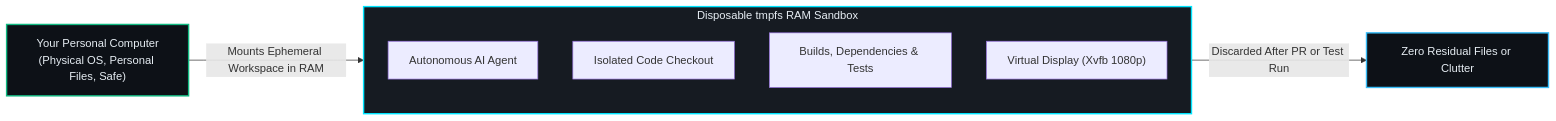
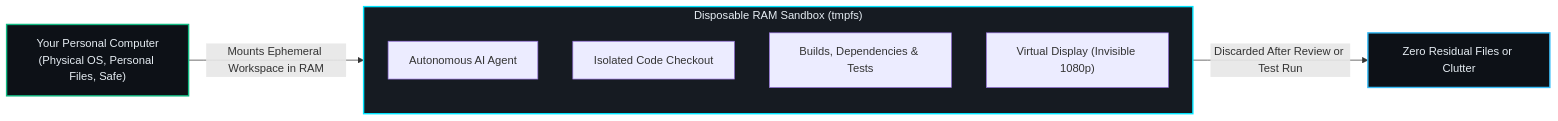
The diagram in docs/training/for-non-developers/04-task-implementer-and-sandboxes.md (nddipiazza/robos), drawn with Mermaid before and after one commit. The commit also changed other lines of this file and 8 other files, not shown here.

````diff
--- a/docs/training/for-non-developers/04-task-implementer-and-sandboxes.md
+++ b/docs/training/for-non-developers/04-task-implementer-and-sandboxes.md
@@ -32,18 +32,18 @@
 ```mermaid
 flowchart LR
     Host["Your Personal Computer<br/>(Physical OS, Personal Files, Safe)"]
     
-    subgraph Sandbox ["Disposable tmpfs RAM Sandbox"]
+    subgraph Sandbox ["Disposable RAM Sandbox (tmpfs)"]
         Agent["Autonomous AI Agent"]
         Code["Isolated Code Checkout"]
         Build["Builds, Dependencies & Tests"]
-        Screen["Virtual Display (Xvfb 1080p)"]
+        Screen["Virtual Display (Invisible 1080p)"]
     end
     
     Host -- "Mounts Ephemeral Workspace in RAM" --> Sandbox
-    Sandbox -- "Discarded After PR or Test Run" --> Clean["Zero Residual Files or Clutter"]
+    Sandbox -- "Discarded After Review or Test Run" --> Clean["Zero Residual Files or Clutter"]
     
     style Host fill:#0d1117,stroke:#10b981,stroke-width:2px,color:#e6edf3
     style Sandbox fill:#161b22,stroke:#00e5ff,stroke-width:2px,color:#e6edf3
     style Clean fill:#0d1117,stroke:#38bdf8,stroke-width:2px,color:#e6edf3
 ```
````
